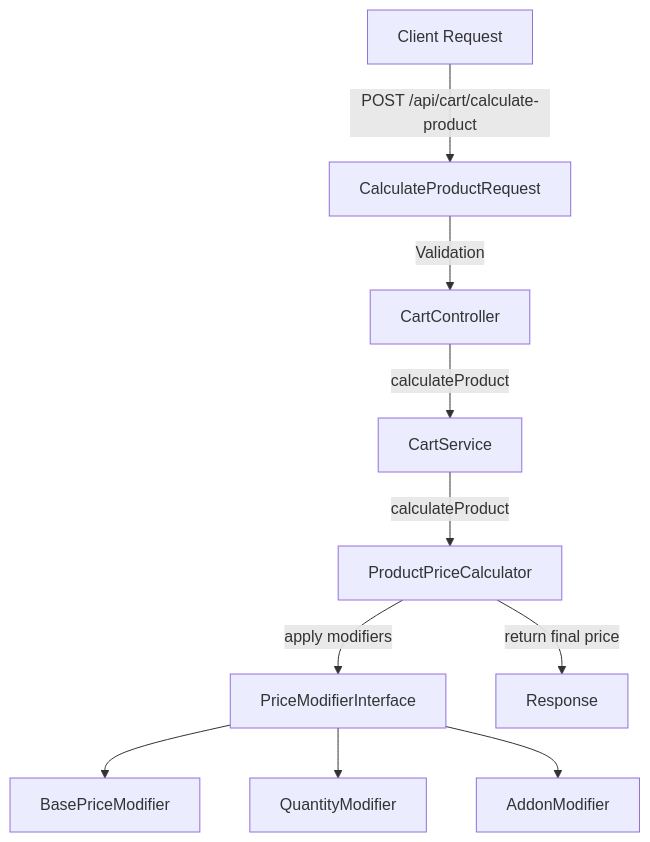
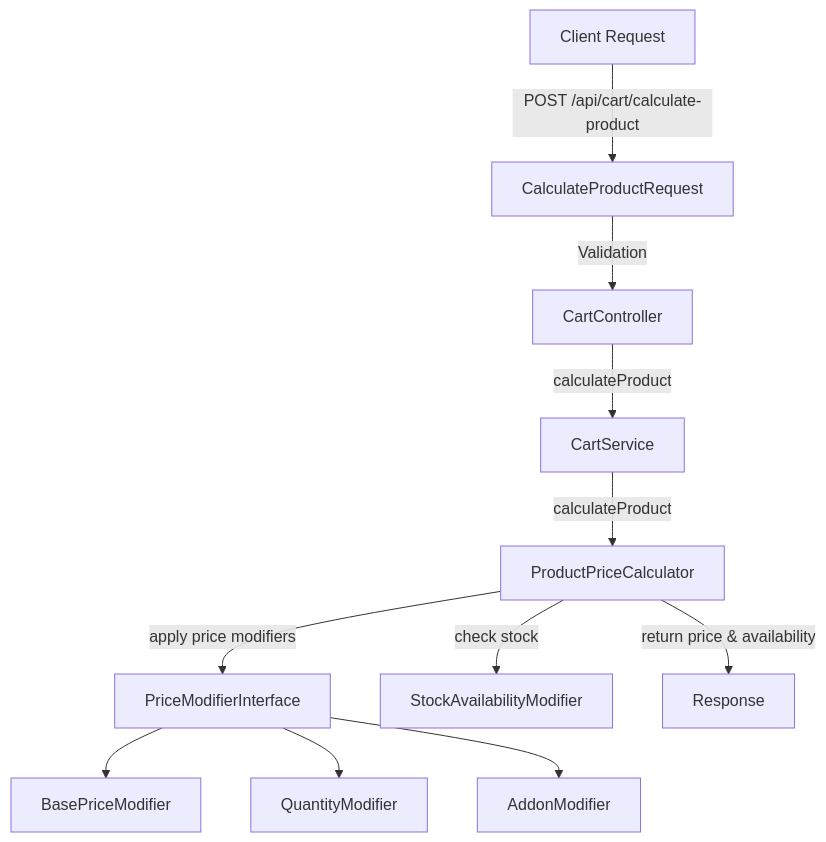
The diagram in documents/PRODUCT_PRICE_CALCULATION.md (oasisAmal/Zabehaty-native-APIs), drawn with Mermaid before and after one commit. The commit also changed other lines of this file, not shown here.

First line of the commit message:
Enhance product price calculation documentation

````diff
--- a/documents/PRODUCT_PRICE_CALCULATION.md
+++ b/documents/PRODUCT_PRICE_CALCULATION.md
@@ -12,12 +12,13 @@
 ```mermaid
 graph TD
     A[Client Request] -->|POST /api/cart/calculate-product| B[CalculateProductRequest]
     B -->|Validation| C[CartController]
     C -->|calculateProduct| D[CartService]
     D -->|calculateProduct| E[ProductPriceCalculator]
-    E -->|apply modifiers| F[PriceModifierInterface]
+    E -->|apply price modifiers| F[PriceModifierInterface]
     F --> G[BasePriceModifier]
     F --> H[QuantityModifier]
     F --> I[AddonModifier]
-    E -->|return final price| J[Response]
+    E -->|check stock| J[StockAvailabilityModifier]
+    E -->|return price & availability| K[Response]
 ```
````
